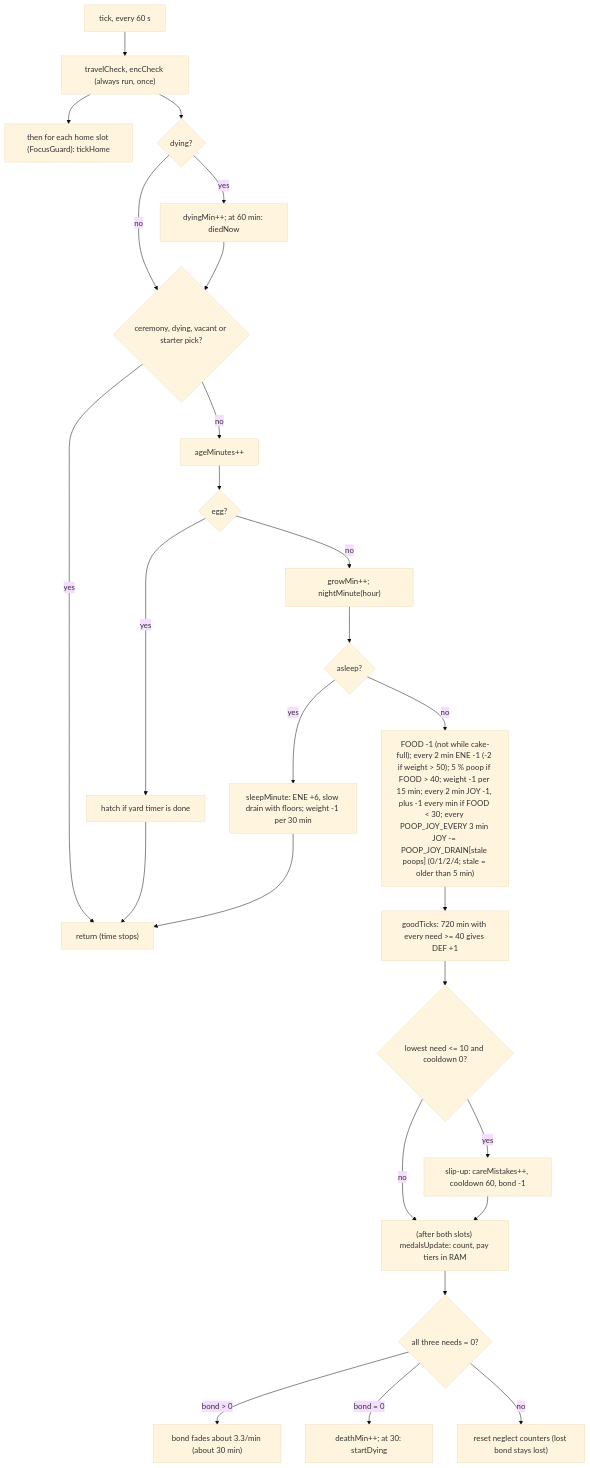
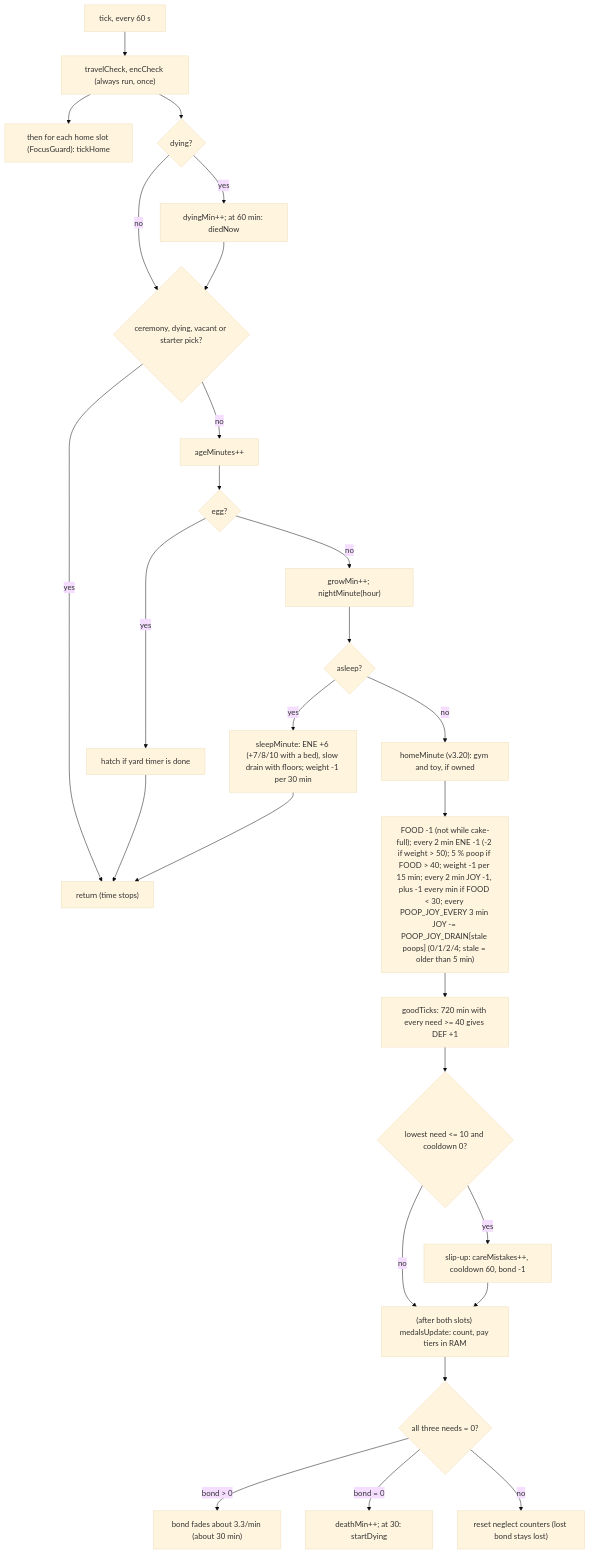
Before and after one commit to Ale-Cuevas/TamaPoke: the fourth of 11 diagrams in docs/GAME_LOGIC.md, drawn with Mermaid (base theme). The commit also changed other lines of this file and 6 other files, not shown here.

First line of the commit message:
HOME H1: home upgrade logic (beds, gym, toy), NVS "upg", events, serial UPG

````diff
--- a/docs/GAME_LOGIC.md
+++ b/docs/GAME_LOGIC.md
@@ -401,26 +401,26 @@
 ```mermaid
 flowchart TD
   A["tick, every 60 s"] --> B["travelCheck, encCheck (always run, once)"]
   B --> B2["then for each home slot (FocusGuard): tickHome"]
   B --> C{"dying?"}
   C -- yes --> C1["dyingMin++; at 60 min: diedNow"]
   C -- no --> D
   C1 --> D{"ceremony, dying, vacant or starter pick?"}
   D -- yes --> Z["return (time stops)"]
   D -- no --> E["ageMinutes++"]
   E --> F{"egg?"}
   F -- yes --> F1["hatch if yard timer is done"] --> Z
   F -- no --> G["growMin++; nightMinute(hour)"]
   G --> H{"asleep?"}
-  H -- yes --> H1["sleepMinute: ENE +6, slow drain with floors; weight -1 per 30 min"] --> Z
-  H -- no --> I["FOOD -1 (not while cake-full); every 2 min ENE -1 (-2 if weight > 50); 5 % poop if FOOD > 40; weight -1 per 15 min; every 2 min JOY -1, plus -1 every min if FOOD < 30; every POOP_JOY_EVERY 3 min JOY -= POOP_JOY_DRAIN[stale poops] (0/1/2/4; stale = older than 5 min)"]
+  H -- yes --> H1["sleepMinute: ENE +6 (+7/8/10 with a bed), slow drain with floors; weight -1 per 30 min"] --> Z
+  H -- no --> HM["homeMinute (v3.20): gym and toy, if owned"] --> I["FOOD -1 (not while cake-full); every 2 min ENE -1 (-2 if weight > 50); 5 % poop if FOOD > 40; weight -1 per 15 min; every 2 min JOY -1, plus -1 every min if FOOD < 30; every POOP_JOY_EVERY 3 min JOY -= POOP_JOY_DRAIN[stale poops] (0/1/2/4; stale = older than 5 min)"]
   I --> J["goodTicks: 720 min with every need >= 40 gives DEF +1"]
   J --> K{"lowest need <= 10 and cooldown 0?"}
   K -- yes --> K1["slip-up: careMistakes++, cooldown 60, bond -1"]
   K -- no --> L
   K1 --> L["(after both slots) medalsUpdate: count, pay tiers in RAM"]
   L --> M{"all three needs = 0?"}
   M -- "bond > 0" --> M1["bond fades about 3.3/min (about 30 min)"]
   M -- "bond = 0" --> M2["deathMin++; at 30: startDying"]
   M -- no --> M3["reset neglect counters (lost bond stays lost)"]
 ```
````
